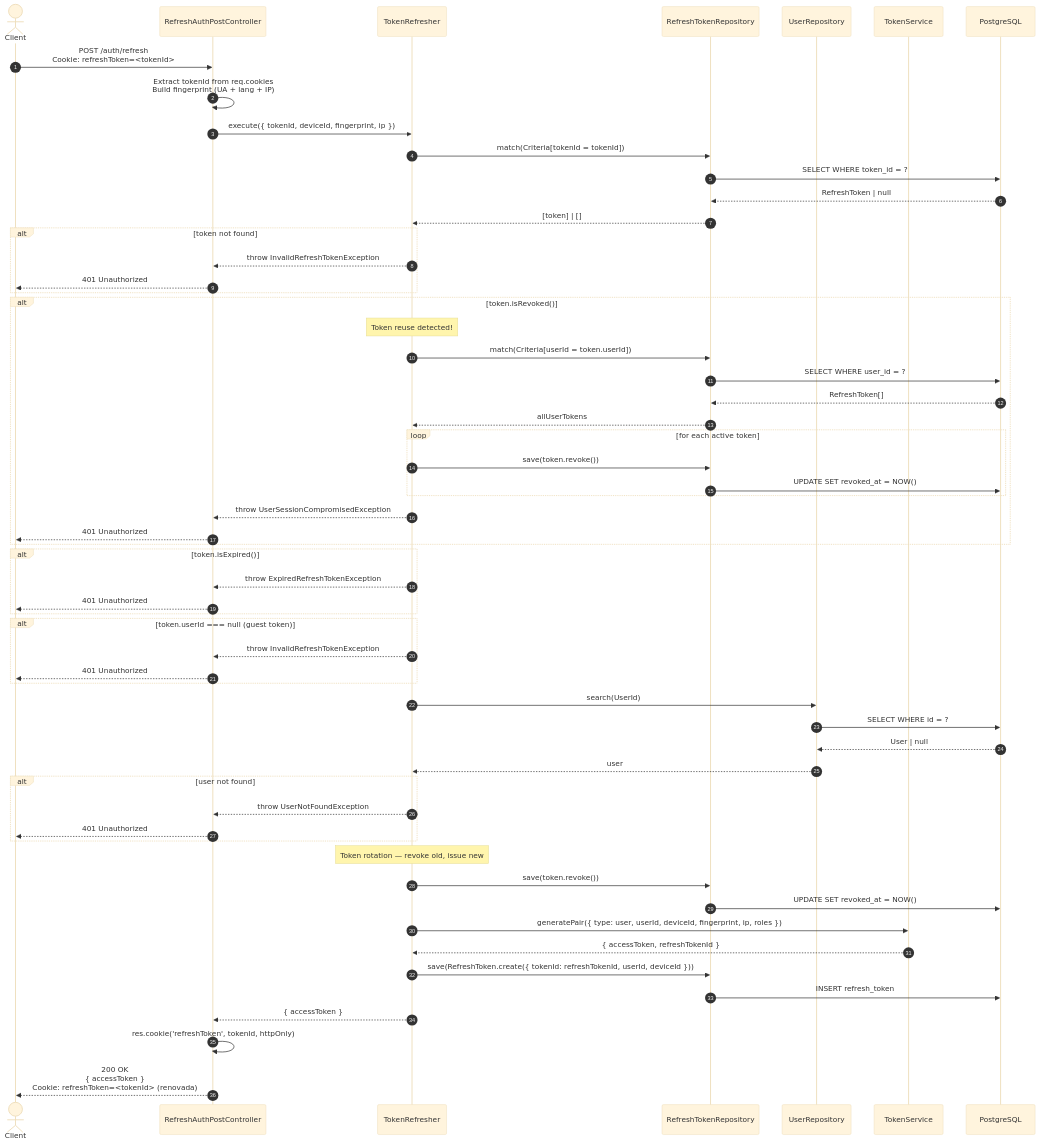
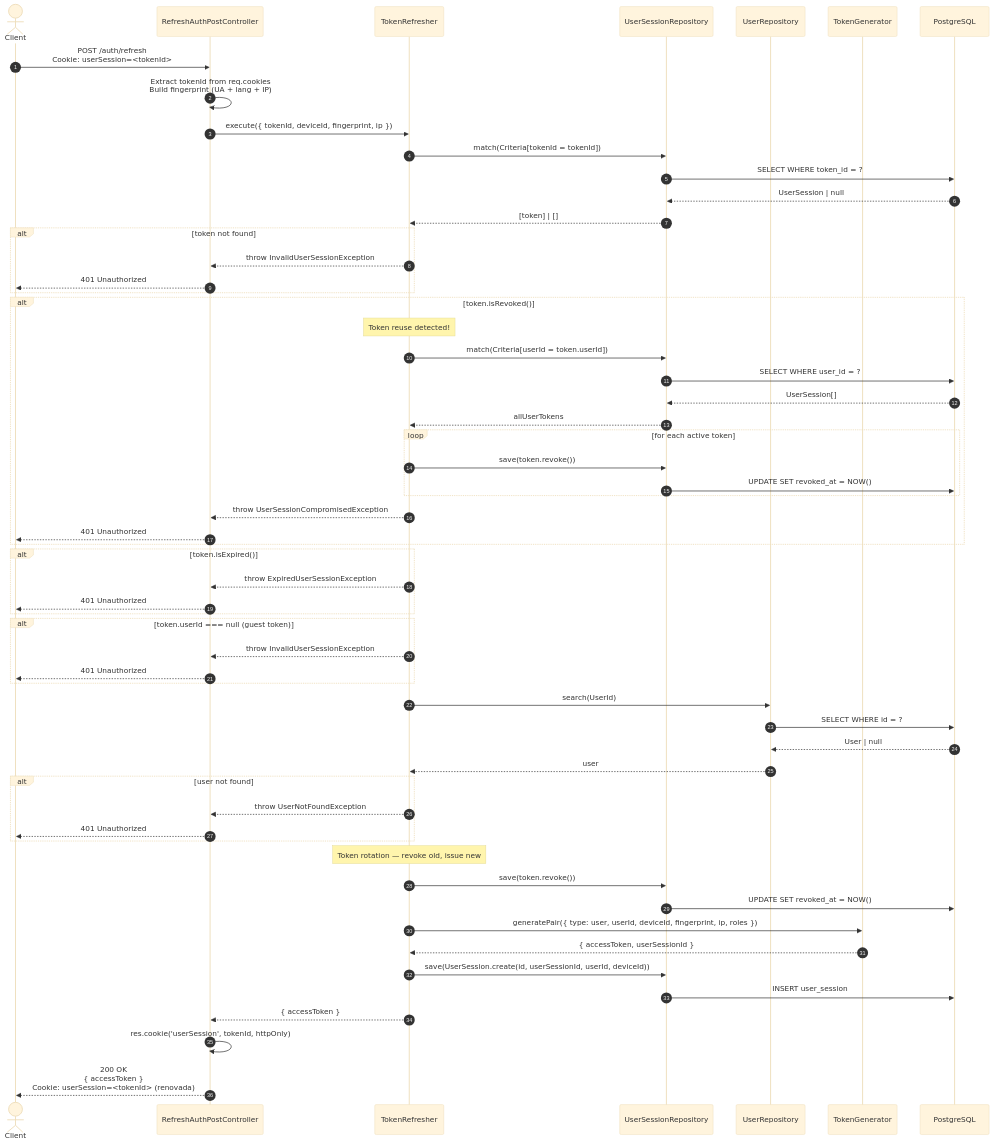
The diagram in docs/apps/api/identity/refresh/sequence.md (AbrahamVilchesDeLaCruz/ididntcatchthat), drawn with Mermaid (base theme) before and after one commit. The commit also changed 184 other files, not shown here.

````diff
--- a/docs/apps/api/identity/refresh/sequence.md
+++ b/docs/apps/api/identity/refresh/sequence.md
@@ -8,79 +8,79 @@
 ```mermaid
 sequenceDiagram
     autonumber
     actor Client
     participant Controller as RefreshAuthPostController
     participant UC as TokenRefresher
-    participant RefreshRepo as RefreshTokenRepository
+    participant RefreshRepo as UserSessionRepository
     participant UserRepo as UserRepository
-    participant TokenSvc as TokenService
+    participant TokenSvc as TokenGenerator
     participant DB as PostgreSQL
 
-    Client->>Controller: POST /auth/refresh<br/>Cookie: refreshToken=<tokenId>
+    Client->>Controller: POST /auth/refresh<br/>Cookie: userSession=<tokenId>
 
     Controller->>Controller: Extract tokenId from req.cookies<br/>Build fingerprint (UA + lang + IP)
 
     Controller->>UC: execute({ tokenId, deviceId, fingerprint, ip })
 
     UC->>RefreshRepo: match(Criteria[tokenId = tokenId])
     RefreshRepo->>DB: SELECT WHERE token_id = ?
-    DB-->>RefreshRepo: RefreshToken | null
+    DB-->>RefreshRepo: UserSession | null
     RefreshRepo-->>UC: [token] | []
 
     alt token not found
-        UC-->>Controller: throw InvalidRefreshTokenException
+        UC-->>Controller: throw InvalidUserSessionException
         Controller-->>Client: 401 Unauthorized
     end
 
     alt token.isRevoked()
         Note over UC: Token reuse detected!
         UC->>RefreshRepo: match(Criteria[userId = token.userId])
         RefreshRepo->>DB: SELECT WHERE user_id = ?
-        DB-->>RefreshRepo: RefreshToken[]
+        DB-->>RefreshRepo: UserSession[]
         RefreshRepo-->>UC: allUserTokens
 
         loop for each active token
             UC->>RefreshRepo: save(token.revoke())
             RefreshRepo->>DB: UPDATE SET revoked_at = NOW()
         end
 
         UC-->>Controller: throw UserSessionCompromisedException
         Controller-->>Client: 401 Unauthorized
     end
 
     alt token.isExpired()
-        UC-->>Controller: throw ExpiredRefreshTokenException
+        UC-->>Controller: throw ExpiredUserSessionException
         Controller-->>Client: 401 Unauthorized
     end
 
     alt token.userId === null (guest token)
-        UC-->>Controller: throw InvalidRefreshTokenException
+        UC-->>Controller: throw InvalidUserSessionException
         Controller-->>Client: 401 Unauthorized
     end
 
     UC->>UserRepo: search(UserId)
     UserRepo->>DB: SELECT WHERE id = ?
     DB-->>UserRepo: User | null
     UserRepo-->>UC: user
 
     alt user not found
         UC-->>Controller: throw UserNotFoundException
         Controller-->>Client: 401 Unauthorized
     end
 
     Note over UC: Token rotation — revoke old, issue new
 
     UC->>RefreshRepo: save(token.revoke())
     RefreshRepo->>DB: UPDATE SET revoked_at = NOW()
 
     UC->>TokenSvc: generatePair({ type: user, userId, deviceId, fingerprint, ip, roles })
-    TokenSvc-->>UC: { accessToken, refreshTokenId }
+    TokenSvc-->>UC: { accessToken, userSessionId }
 
-    UC->>RefreshRepo: save(RefreshToken.create({ tokenId: refreshTokenId, userId, deviceId }))
-    RefreshRepo->>DB: INSERT refresh_token
+    UC->>RefreshRepo: save(UserSession.create(id, userSessionId, userId, deviceId))
+    RefreshRepo->>DB: INSERT user_session
 
     UC-->>Controller: { accessToken }
 
-    Controller->>Controller: res.cookie('refreshToken', tokenId, httpOnly)
-    Controller-->>Client: 200 OK<br/>{ accessToken }<br/>Cookie: refreshToken=<tokenId> (renovada)
+    Controller->>Controller: res.cookie('userSession', tokenId, httpOnly)
+    Controller-->>Client: 200 OK<br/>{ accessToken }<br/>Cookie: userSession=<tokenId> (renovada)
 ```
````
